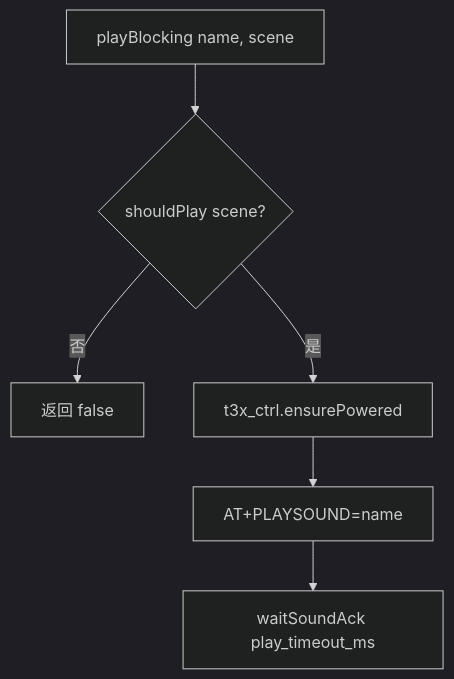
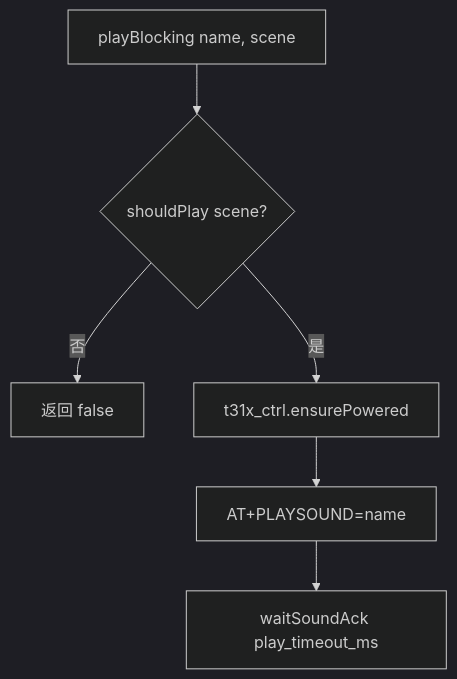
One commit to dzr1986/AIR780EHM changed the diagram in doc/modules/SOUND_PROMPT_FLOW.md. Above: the diagram before and after it, drawn with Mermaid (dark theme). The commit also changed other lines of this file and 402 other files, not shown here.

````diff
--- a/doc/modules/SOUND_PROMPT_FLOW.md
+++ b/doc/modules/SOUND_PROMPT_FLOW.md
@@ -20,8 +20,8 @@
 ```mermaid
 flowchart TD
     S[playBlocking name, scene] --> SP{shouldPlay scene?}
     SP -->|否| X[返回 false]
-    SP -->|是| P[t3x_ctrl.ensurePowered]
+    SP -->|是| P[t31x_ctrl.ensurePowered]
     P --> AT[AT+PLAYSOUND=name]
     AT --> W[waitSoundAck play_timeout_ms]
 ```
````
